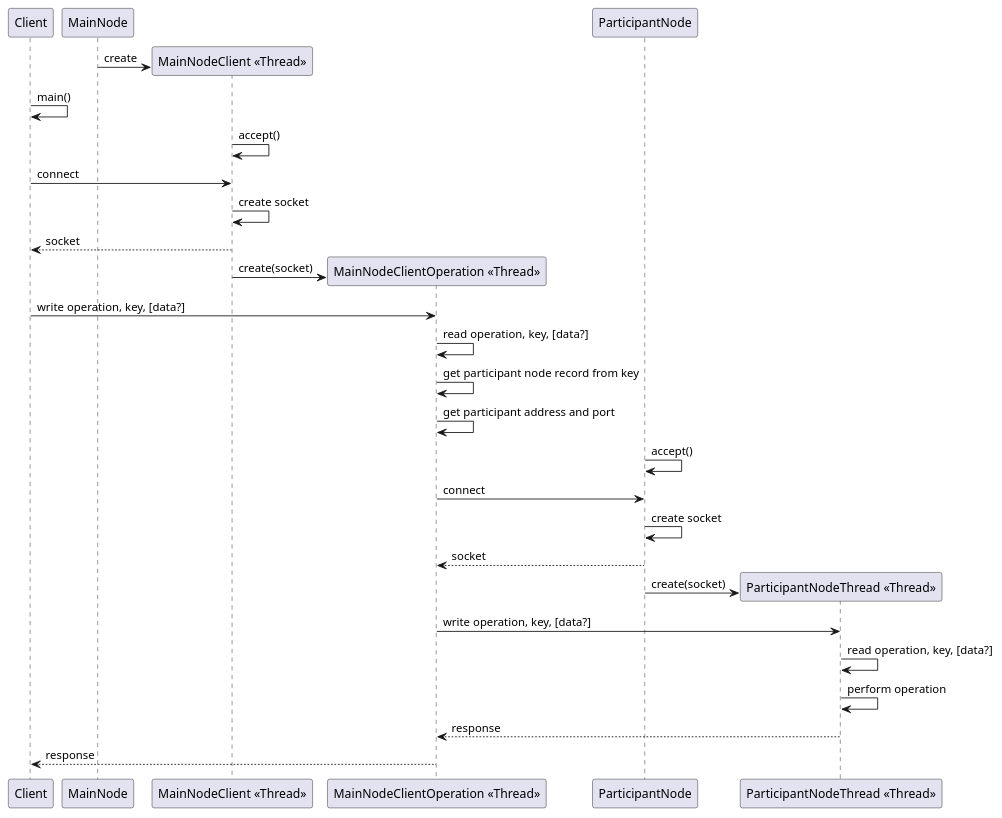
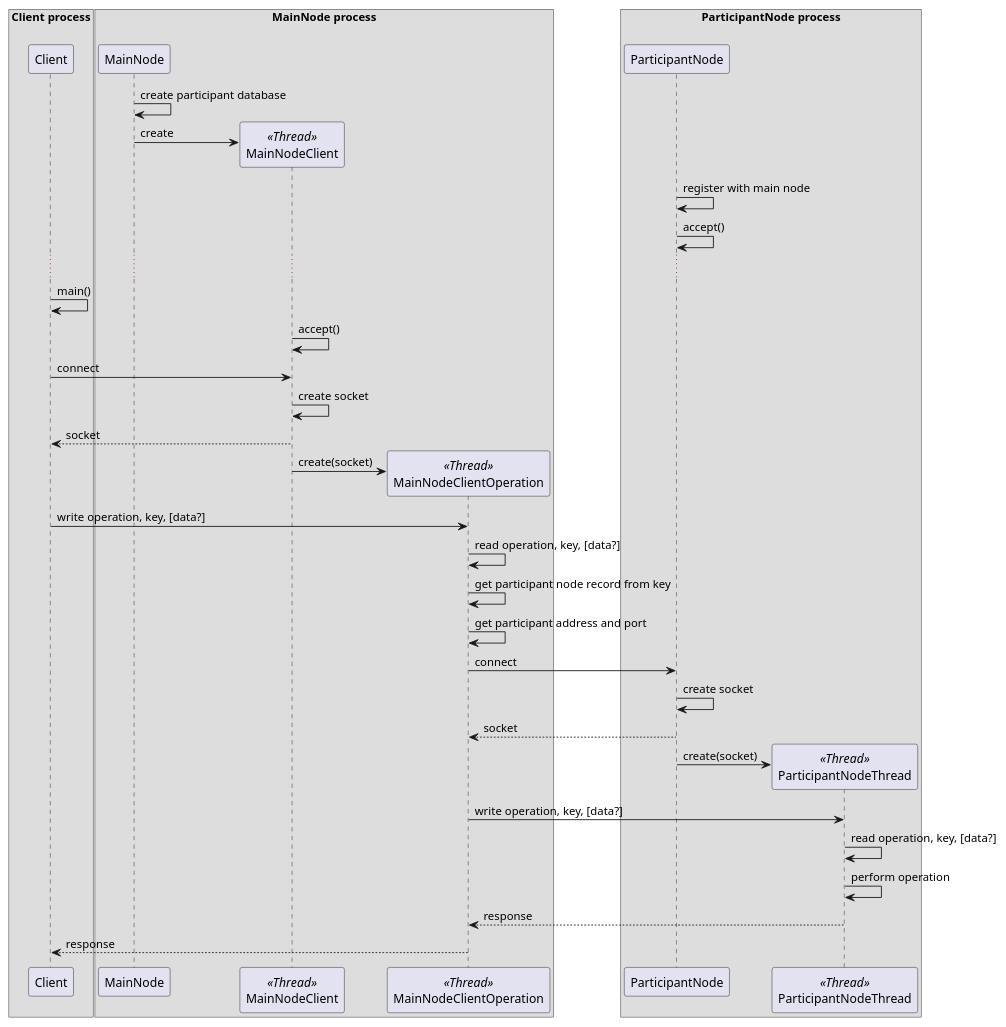
Before and after one commit to UAL-SDP/TCPMap: the third of 4 diagrams in diagrams.org, drawn with PlantUML. The commit also changed other lines of this file and 5 other files, not shown here.

Commit message:
Add participant registry diagram.

```diff
--- a/diagrams.org
+++ b/diagrams.org
@@ -15,31 +56,44 @@
-#+begin_src plantuml :file figures/main_node_participant.png :noexport
+#+begin_src plantuml :file figures/rcd_operations.png :noexport
 @startuml
-participant Client
-participant MainNode
-participant "MainNodeClient <<Thread>>"
-participant "MainNodeClientOperation <<Thread>>"
-participant ParticipantNode
-participant "ParticipantNodeThread <<Thread>>"
-MainNode -> "MainNodeClient <<Thread>>" ** : create
+box Client process
+        participant Client
+end box
+box MainNode process
+        participant MainNode
+        participant MainNodeClient <<Thread>>
+        participant MainNodeClientOperation <<Thread>>
+end box
+box ParticipantNode process
+        participant ParticipantNode
+        participant ParticipantNodeThread <<Thread>>
+end Box
+MainNode -> MainNode : create participant database
+MainNode -> MainNodeClient ** : create
+ParticipantNode -> ParticipantNode : register with main node
+ParticipantNode -> ParticipantNode : accept()
+...
 Client -> Client : main()
-"MainNodeClient <<Thread>>" -> "MainNodeClient <<Thread>>" :  accept()
-Client -> "MainNodeClient <<Thread>>" : connect
-"MainNodeClient <<Thread>>" -> "MainNodeClient <<Thread>>" : create socket
-"MainNodeClient <<Thread>>" --> Client : socket
-"MainNodeClient <<Thread>>" -> "MainNodeClientOperation <<Thread>>" ** : create(socket)
-Client -> "MainNodeClientOperation <<Thread>>" : write operation, key, [data?]
-"MainNodeClientOperation <<Thread>>" -> "MainNodeClientOperation <<Thread>>" : read operation, key, [data?]
-"MainNodeClientOperation <<Thread>>" -> "MainNodeClientOperation <<Thread>>" : get participant node record from key
-"MainNodeClientOperation <<Thread>>" -> "MainNodeClientOperation <<Thread>>" : get participant address and port
-ParticipantNode -> ParticipantNode : accept()
-"MainNodeClientOperation <<Thread>>" -> "ParticipantNode" : connect
+MainNodeClient -> MainNodeClient :  accept()
+Client -> MainNodeClient : connect
+MainNodeClient -> MainNodeClient : create socket
+MainNodeClient --> Client : socket
+MainNodeClient -> MainNodeClientOperation ** : create(socket)
+
+Client -> MainNodeClientOperation : write operation, key, [data?]
+MainNodeClientOperation -> MainNodeClientOperation : read operation, key, [data?]
+MainNodeClientOperation -> MainNodeClientOperation : get participant node record from key
+MainNodeClientOperation -> MainNodeClientOperation : get participant address and port
+
+MainNodeClientOperation -> ParticipantNode : connect
 ParticipantNode -> ParticipantNode : create socket
-ParticipantNode --> "MainNodeClientOperation <<Thread>>" : socket
-ParticipantNode -> "ParticipantNodeThread <<Thread>>" ** : create(socket)
-"MainNodeClientOperation <<Thread>>" -> "ParticipantNodeThread <<Thread>>" : write operation, key, [data?]
-"ParticipantNodeThread <<Thread>>" -> "ParticipantNodeThread <<Thread>>" : read operation, key, [data?]
-"ParticipantNodeThread <<Thread>>" -> "ParticipantNodeThread <<Thread>>" : perform operation
-"ParticipantNodeThread <<Thread>>" --> "MainNodeClientOperation <<Thread>>" : response
-"MainNodeClientOperation <<Thread>>" --> Client : response
+ParticipantNode --> MainNodeClientOperation : socket
+ParticipantNode -> ParticipantNodeThread ** : create(socket)
+
+MainNodeClientOperation -> ParticipantNodeThread : write operation, key, [data?]
+ParticipantNodeThread -> ParticipantNodeThread : read operation, key, [data?]
+ParticipantNodeThread -> ParticipantNodeThread : perform operation
+ParticipantNodeThread --> MainNodeClientOperation : response
+
+MainNodeClientOperation --> Client : response
 @enduml
 #+end_src
```
